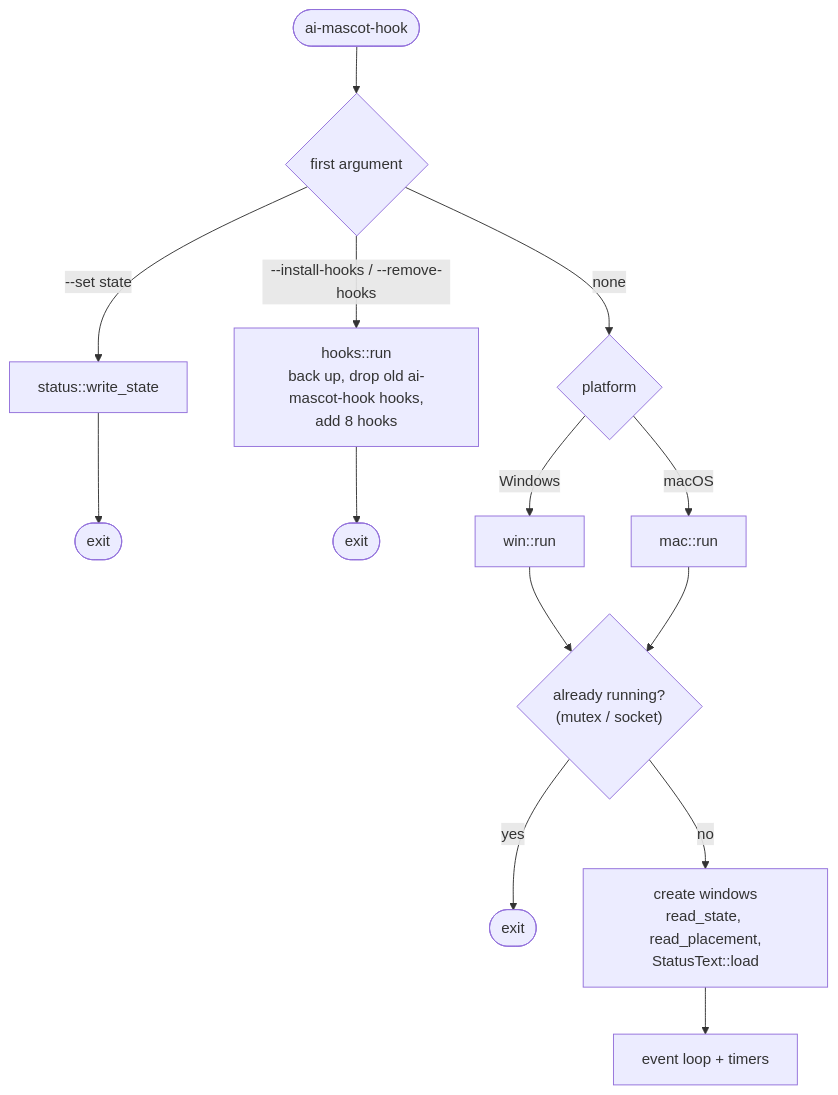
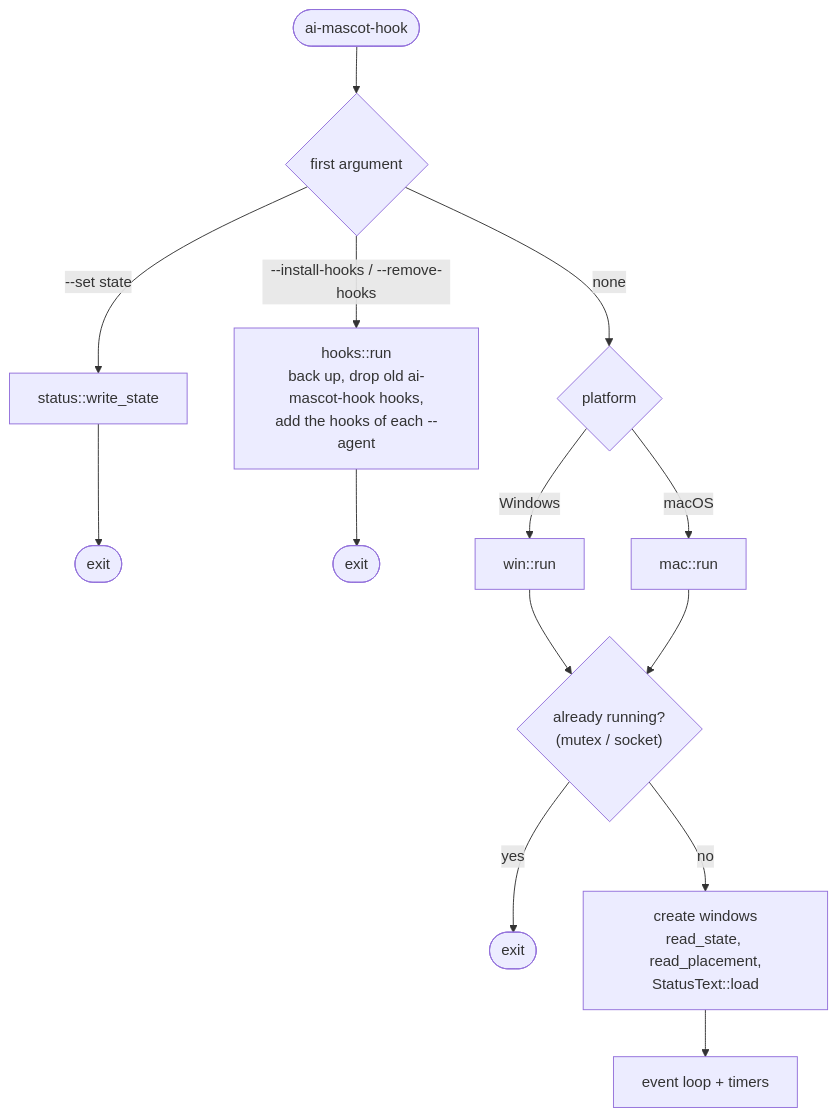
One commit to thanachaiakt/ai-mascot-hook changed the third of 7 diagrams in docs/en/architecture.md. Above: the diagram before and after it, drawn with Mermaid. The commit also changed other lines of this file and 13 other files, not shown here.

First line of the commit message:
Refactor ai-mascot-hook to support multiple agents and improve hook management

````diff
--- a/docs/en/architecture.md
+++ b/docs/en/architecture.md
@@ -113,13 +113,13 @@
 ```mermaid
 flowchart TD
     start(["ai-mascot-hook"]) --> args{"first argument"}
     args -- "--set state" --> write["status::write_state"] --> exit0(["exit"])
-    args -- "--install-hooks / --remove-hooks" --> hk["hooks::run<br/>back up, drop old ai-mascot-hook hooks,<br/>add 8 hooks"] --> exit1(["exit"])
+    args -- "--install-hooks / --remove-hooks" --> hk["hooks::run<br/>back up, drop old ai-mascot-hook hooks,<br/>add the hooks of each --agent"] --> exit1(["exit"])
     args -- "none" --> plat{"platform"}
     plat -- Windows --> wrun["win::run"]
     plat -- macOS --> mrun["mac::run"]
     wrun & mrun --> one{"already running?<br/>(mutex / socket)"}
     one -- yes --> quit(["exit"])
     one -- no --> init["create windows<br/>read_state, read_placement,<br/>StatusText::load"]
     init --> loop["event loop + timers"]
 ```
````
